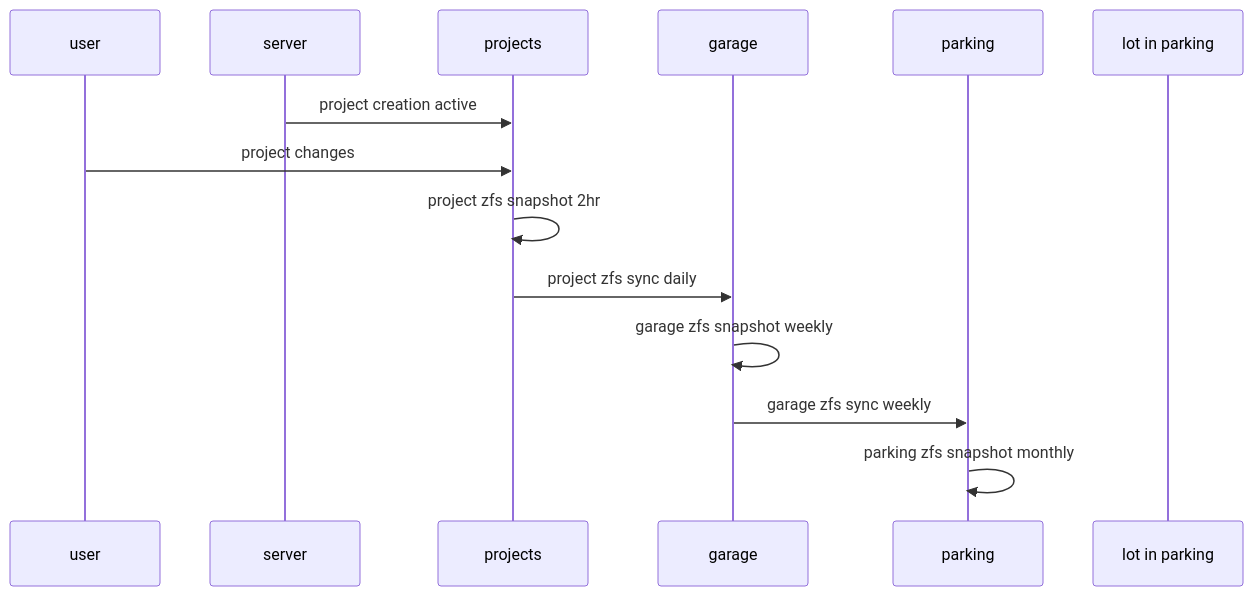
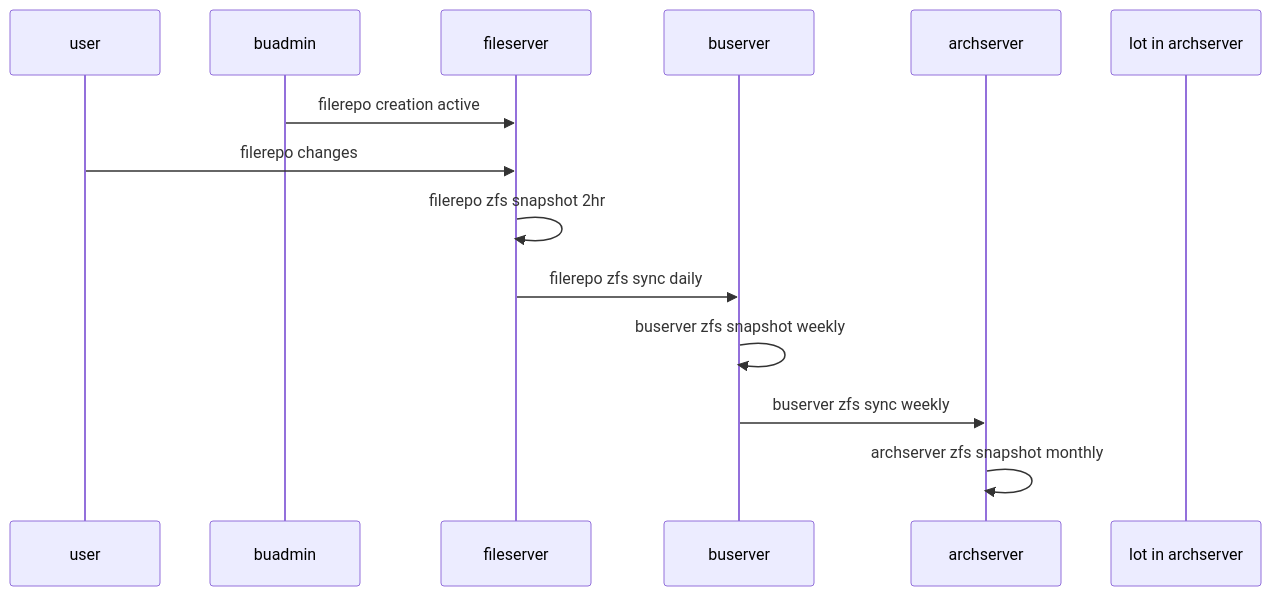
One commit to 2cld/netstack changed the first of 4 diagrams in docs/ops/backup/backup-diagram.md. Above: the diagram before and after it, drawn with Mermaid. The commit also changed other lines of this file, not shown here.

````diff
--- a/docs/ops/backup/backup-diagram.md
+++ b/docs/ops/backup/backup-diagram.md
@@ -4,16 +4,16 @@
 ```mermaid
 sequenceDiagram
     participant user
-    participant server
-    participant projects
-    participant garage
-    participant parking
-    participant lot in parking
-    server->>projects: project creation active
-    user->>projects: project changes
-    projects->>projects: project zfs snapshot 2hr
-    projects->>garage: project zfs sync daily
-    garage->>garage: garage zfs snapshot weekly
-    garage->>parking: garage zfs sync weekly
-    parking->>parking: parking zfs snapshot monthly
+    participant buadmin
+    participant fileserver
+    participant buserver
+    participant archserver
+    participant lot in archserver
+    buadmin->>fileserver: filerepo creation active
+    user->>fileserver: filerepo changes
+    fileserver->>fileserver: filerepo zfs snapshot 2hr
+    fileserver->>buserver: filerepo zfs sync daily
+    buserver->>buserver: buserver zfs snapshot weekly
+    buserver->>archserver: buserver zfs sync weekly
+    archserver->>archserver: archserver zfs snapshot monthly
 ```
````
